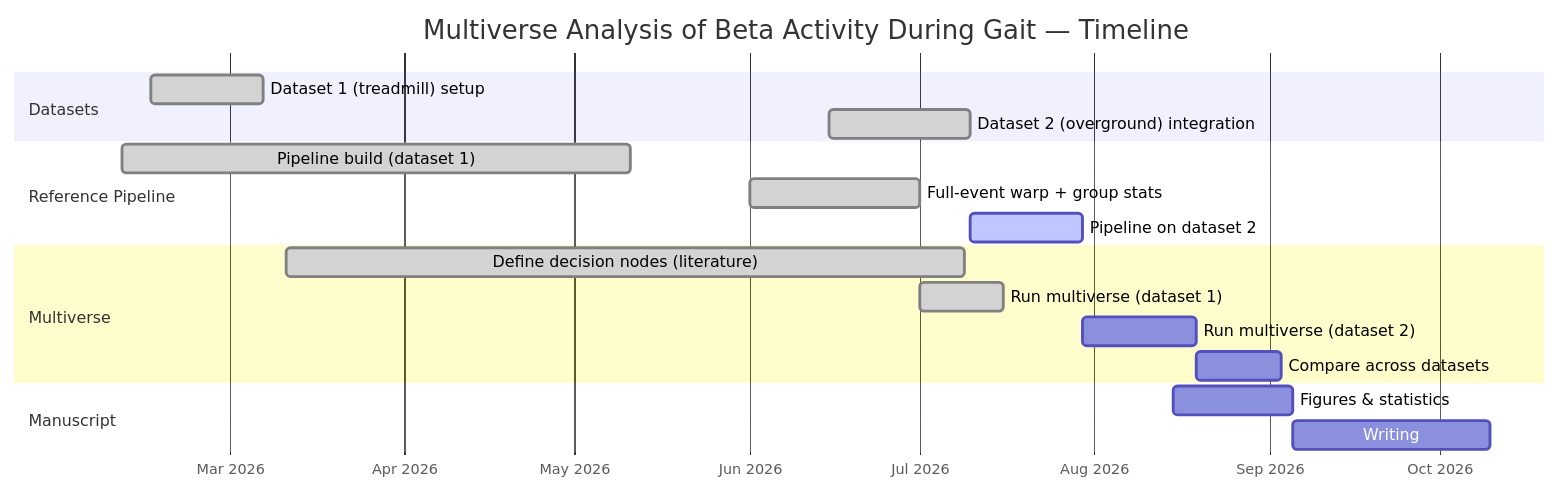
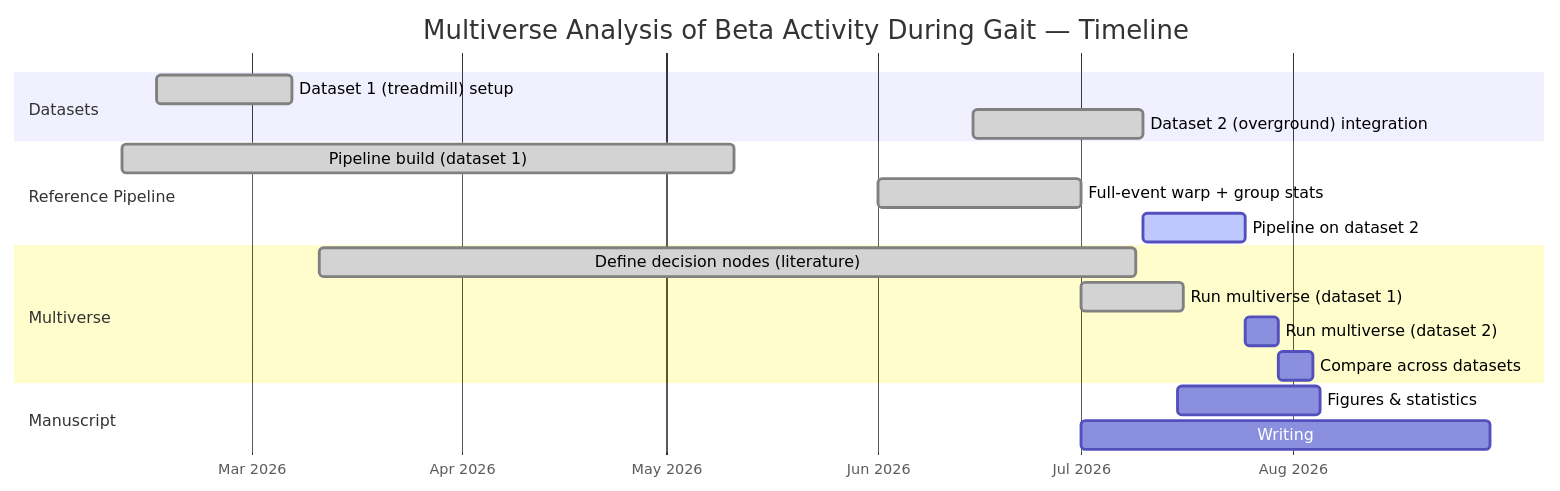
One commit to vaishvd/betaGaitMultiverse changed the third of 3 diagrams in readme.md. Above: the diagram before and after it, drawn with Mermaid. The commit also changed other lines of this file, not shown here.

Commit message:
Update README for clarity and consistency; correct dataset name capitalization and adjust timeline durations in Gantt chart

````diff
--- a/readme.md
+++ b/readme.md
@@ -243,25 +243,25 @@
 ```mermaid
 gantt
     title Multiverse Analysis of Beta Activity During Gait — Timeline
     dateFormat  YYYY-MM-DD
     axisFormat  %b %Y
 
     section Datasets
     Dataset 1 (treadmill) setup        :done, a1, 2026-02-15, 20d
     Dataset 2 (overground) integration :done, a2, 2026-06-15, 25d
 
     section Reference Pipeline
     Pipeline build (dataset 1)         :done, b1, 2026-02-10, 90d
     Full-event warp + group stats      :done, b2, 2026-06-01, 30d
-    Pipeline on dataset 2              :active, b3, 2026-07-10, 20d
+    Pipeline on dataset 2              :active, b3, 2026-07-10, 15d
 
     section Multiverse
     Define decision nodes (literature) :done, d1, 2026-03-11, 120d
     Run multiverse (dataset 1)         :done, d2, 2026-07-01, 15d
-    Run multiverse (dataset 2)         :d3, after b3, 20d
-    Compare across datasets            :d4, after d3, 15d
+    Run multiverse (dataset 2)         :d3, after b3, 5d
+    Compare across datasets            :d4, after d3, 5d
 
     section Manuscript
-    Figures & statistics               :e1, 2026-08-15, 21d
-    Writing                            :e2, after e1, 35d
+    Figures & statistics               :e1, 2026-07-15, 21d
+    Writing                            :e2, after b2, 60d
 ```
````
